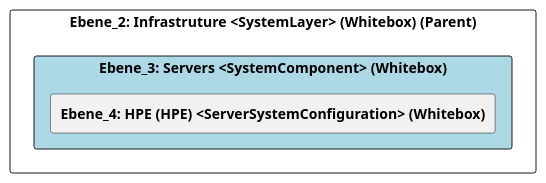
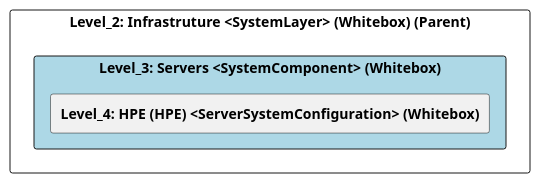
The diagram in src/cleon.architecturemethods.arc42.sample/doc/cleon_architecturemethods_arc42_sample_system/adoc/de/05_bausteinsicht/ikt/infrastruture/servers/ebene_3_servers.adoc (marcozwyssig/cleon), drawn with PlantUML before and after one commit. The commit also changed other lines of this file and 83 other files, not shown here.

```diff
--- a/src/cleon.architecturemethods.arc42.sample/doc/cleon_architecturemethods_arc42_sample_system/adoc/de/05_bausteinsicht/ikt/infrastruture/servers/ebene_3_servers.adoc
+++ b/src/cleon.architecturemethods.arc42.sample/doc/cleon_architecturemethods_arc42_sample_system/adoc/de/05_bausteinsicht/ikt/infrastruture/servers/ebene_3_servers.adoc
@@ -20,24 +20,24 @@
-[plantuml, Ebene_3: Servers <SystemComponent> (Whitebox)BlockOverview, format="svg"]
+[plantuml, Level_3: Servers <SystemComponent> (Whitebox)BlockOverview, format="svg"]
 ----
-@startuml Ebene_3: Servers <SystemComponent> (Whitebox)BuildingBlockOverview
+@startuml Level_3: Servers <SystemComponent> (Whitebox)BuildingBlockOverview
 
 skinparam ranksep 10
 skinparam componentStyle rectangle
 skinparam shadowing false
 skinparam arrowColor lightblue
 skinparam arrowThickness 1.2
 skinparam rectangle {
   BackgroundColor White
   BorderColor #333
   RoundCorner 10
 }
 top to bottom direction
 
-component "Ebene_2: Infrastruture <SystemLayer> (Whitebox) (Parent)" {
-    component "Ebene_3: Servers <SystemComponent> (Whitebox)" #lightblue {
-        [**Ebene_4: HPE (HPE) <ServerSystemConfiguration> (Whitebox)**] as B582462C_BEE0_11EF_B498_058EE446F8E7
+component "Level_2: Infrastruture <SystemLayer> (Whitebox) (Parent)" {
+    component "Level_3: Servers <SystemComponent> (Whitebox)" #lightblue {
+        [**Level_4: HPE (HPE) <ServerSystemConfiguration> (Whitebox)**] as B582462C_BEE0_11EF_B498_058EE446F8E7
     }
 }
 
 @enduml
 ----
```
